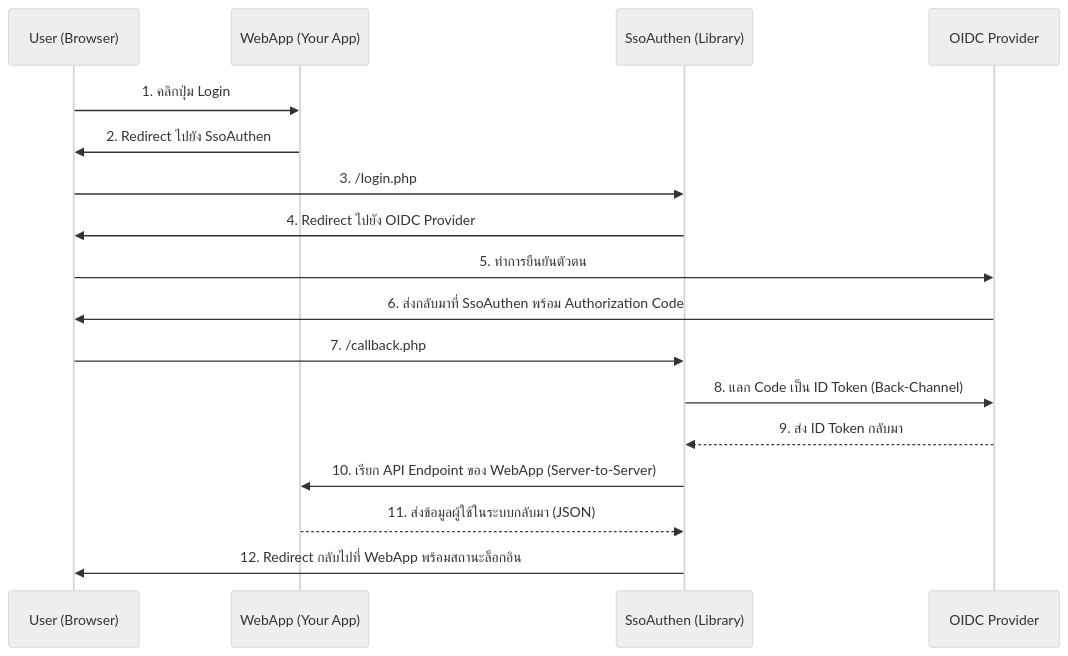
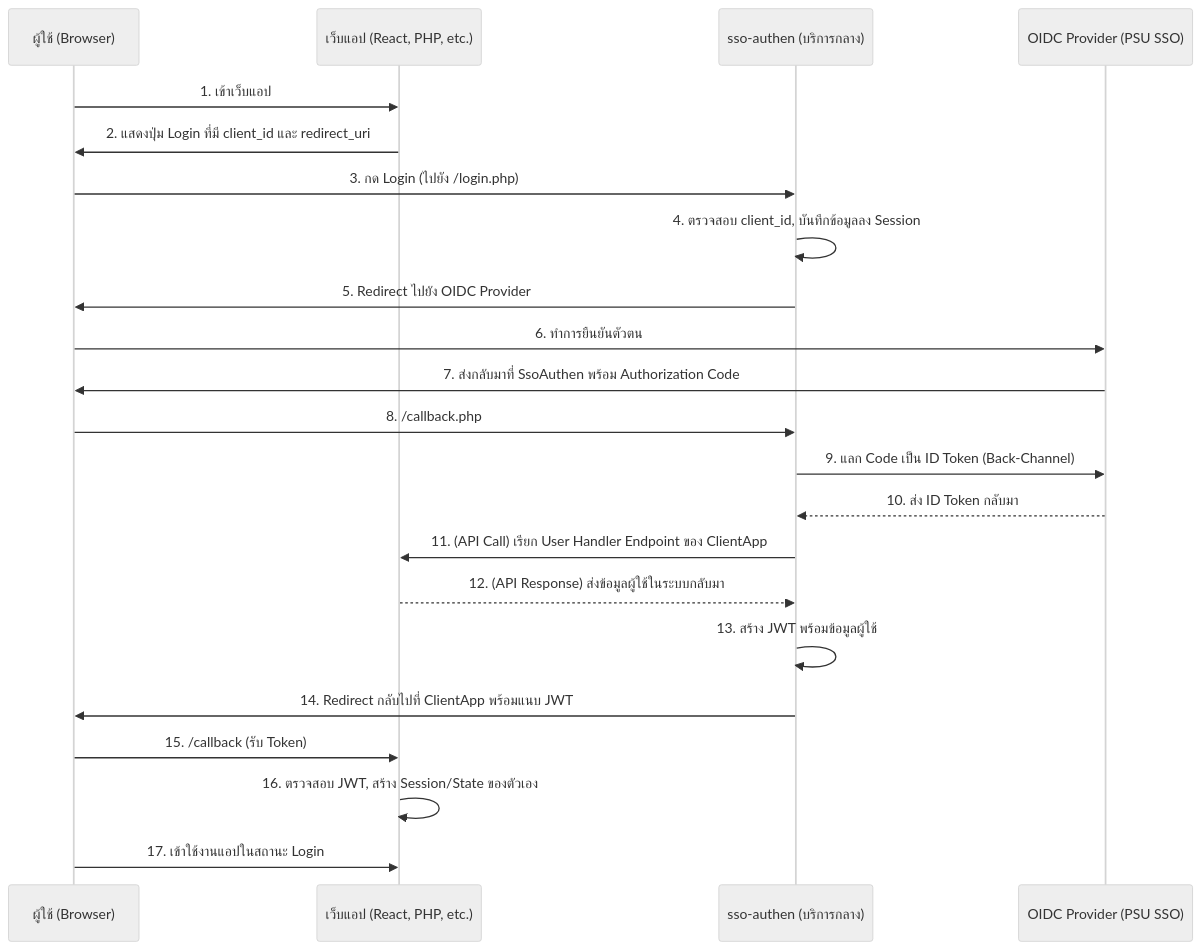
One commit to Noung/sso-authen-3.1 changed the diagram in README.md. Above: the diagram before and after it, drawn with Mermaid (neutral theme). The commit also changed other lines of this file, not shown here.

````diff
--- a/README.md
+++ b/README.md
@@ -69,15 +75,25 @@
 ```mermaid
 sequenceDiagram
-    User (Browser)->>WebApp (Your App): 1. คลิกปุ่ม Login
-    WebApp (Your App)->>User (Browser): 2. Redirect ไปยัง SsoAuthen
-    User (Browser)->>SsoAuthen (Library): 3. /login.php
-    SsoAuthen (Library)->>User (Browser): 4. Redirect ไปยัง OIDC Provider
-    User (Browser)->>OIDC Provider: 5. ทำการยืนยันตัวตน
-    OIDC Provider->>User (Browser): 6. ส่งกลับมาที่ SsoAuthen พร้อม Authorization Code
-    User (Browser)->>SsoAuthen (Library): 7. /callback.php
-    SsoAuthen (Library)->>OIDC Provider: 8. แลก Code เป็น ID Token (Back-Channel)
-    OIDC Provider-->>SsoAuthen (Library): 9. ส่ง ID Token กลับมา
-    SsoAuthen (Library)->>WebApp (Your App): 10. เรียก API Endpoint ของ WebApp (Server-to-Server)
-    WebApp (Your App)-->>SsoAuthen (Library): 11. ส่งข้อมูลผู้ใช้ในระบบกลับมา (JSON)
-    SsoAuthen (Library)->>User (Browser): 12. Redirect กลับไปที่ WebApp พร้อมสถานะล็อกอิน
+    participant User as ผู้ใช้ (Browser)
+    participant ClientApp as เว็บแอป (React, PHP, etc.)
+    participant SsoAuthen as sso-authen (บริการกลาง)
+    participant OidcProvider as OIDC Provider (PSU SSO)
+
+    User->>ClientApp: 1. เข้าเว็บแอป
+    ClientApp->>User: 2. แสดงปุ่ม Login ที่มี client_id และ redirect_uri
+    User->>SsoAuthen: 3. กด Login (ไปยัง /login.php)
+    SsoAuthen->>SsoAuthen: 4. ตรวจสอบ client_id, บันทึกข้อมูลลง Session
+    SsoAuthen->>User: 5. Redirect ไปยัง OIDC Provider
+    User->>OidcProvider: 6. ทำการยืนยันตัวตน
+    OidcProvider->>User: 7. ส่งกลับมาที่ SsoAuthen พร้อม Authorization Code
+    User->>SsoAuthen: 8. /callback.php
+    SsoAuthen->>OidcProvider: 9. แลก Code เป็น ID Token (Back-Channel)
+    OidcProvider-->>SsoAuthen: 10. ส่ง ID Token กลับมา
+    SsoAuthen->>ClientApp: 11. (API Call) เรียก User Handler Endpoint ของ ClientApp
+    ClientApp-->>SsoAuthen: 12. (API Response) ส่งข้อมูลผู้ใช้ในระบบกลับมา
+    SsoAuthen->>SsoAuthen: 13. สร้าง JWT พร้อมข้อมูลผู้ใช้
+    SsoAuthen->>User: 14. Redirect กลับไปที่ ClientApp พร้อมแนบ JWT
+    User->>ClientApp: 15. /callback (รับ Token)
+    ClientApp->>ClientApp: 16. ตรวจสอบ JWT, สร้าง Session/State ของตัวเอง
+    User->>ClientApp: 17. เข้าใช้งานแอปในสถานะ Login
 ```
````
